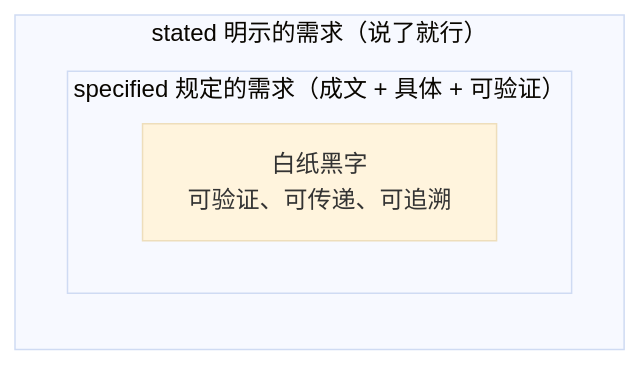
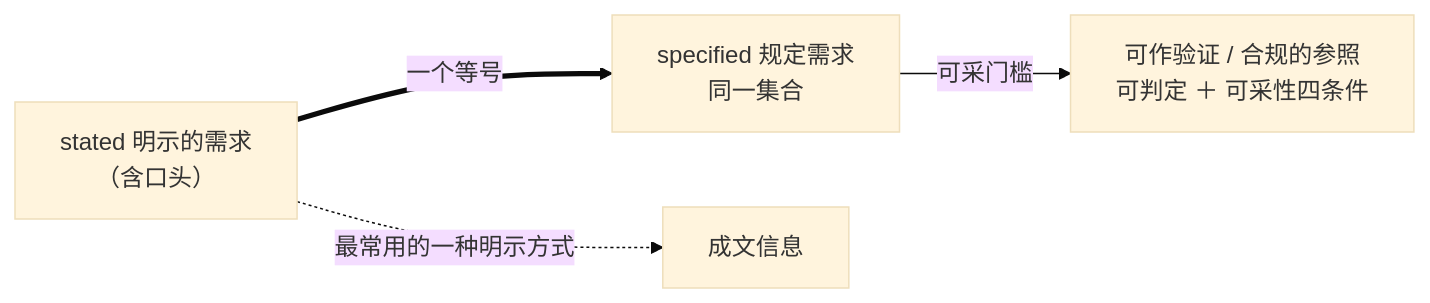
Diagram 12 of 21 in 100-subprojects/01-系统工程研究/00-系统工程相关研究报告/03-评审概念研究报告-从评审定义到需求管理.md (Yongjunzhou/AOS-system-design), drawn with Mermaid (base theme) before and after one commit. The commit also changed other lines of this file and 38 other files, not shown here.

````diff
--- a/100-subprojects/01-系统工程研究/00-系统工程相关研究报告/03-评审概念研究报告-从评审定义到需求管理.md
+++ b/100-subprojects/01-系统工程研究/00-系统工程相关研究报告/03-评审概念研究报告-从评审定义到需求管理.md
@@ -530,8 +548,6 @@
 ```mermaid
 flowchart LR
-    subgraph 明示["stated 明示的需求（说了就行）"]
-        subgraph 规定["specified 规定的需求（成文 + 具体 + 可验证）"]
-            X["白纸黑字<br/>可验证、可传递、可追溯"]
-        end
-    end
+    S["stated 明示的需求<br/>（含口头）"] ==>|一个等号| P["specified 规定需求<br/>同一集合"]
+    P -->|可采门槛| U["可作验证 / 合规的参照<br/>可判定 ＋ 可采性四条件"]
+    S -.->|最常用的一种明示方式| D["成文信息"]
 ```
````
